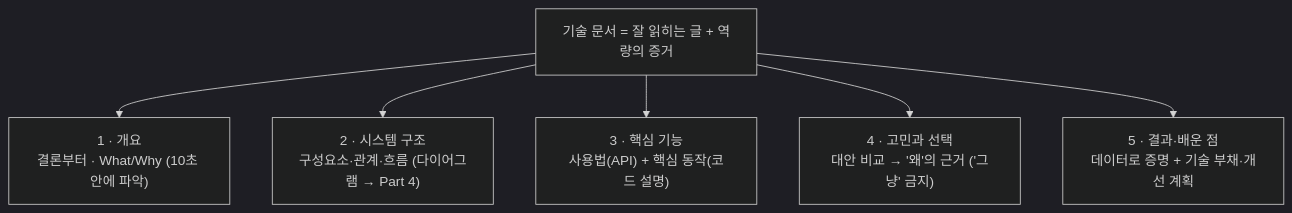
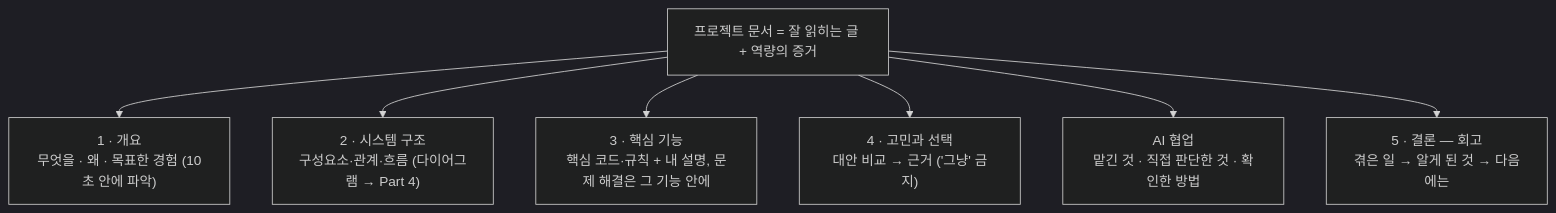
One commit to KooHoo-Dev/edu-lecture-portfolio-guide changed the fourth of 4 diagrams in src/02-tech-documents.md. Above: the diagram before and after it, drawn with Mermaid (dark theme). The commit also changed other lines of this file, not shown here.

First line of the commit message:
Part 2를 프로젝트 문서 기준으로 다시 쓰기: 뼈대 + 선택 모듈, AI 협업, 결론 — 회고

````diff
--- a/src/02-tech-documents.md
+++ b/src/02-tech-documents.md
@@ -595,9 +836,10 @@
 ```mermaid
 flowchart TD
-    T["기술 문서 = 잘 읽히는 글 + 역량의 증거"]
-    T --> A["1 · 개요<br/>결론부터 · What/Why (10초 안에 파악)"]
+    T["프로젝트 문서 = 잘 읽히는 글 + 역량의 증거"]
+    T --> A["1 · 개요<br/>무엇을 · 왜 · 목표한 경험 (10초 안에 파악)"]
     T --> B["2 · 시스템 구조<br/>구성요소·관계·흐름 (다이어그램 → Part 4)"]
-    T --> C["3 · 핵심 기능<br/>사용법(API) + 핵심 동작(코드 설명)"]
-    T --> D["4 · 고민과 선택<br/>대안 비교 → '왜'의 근거 ('그냥' 금지)"]
-    T --> E["5 · 결과·배운 점<br/>데이터로 증명 + 기술 부채·개선 계획"]
+    T --> C["3 · 핵심 기능<br/>핵심 코드·규칙 + 내 설명, 문제 해결은 그 기능 안에"]
+    T --> D["4 · 고민과 선택<br/>대안 비교 → 근거 ('그냥' 금지)"]
+    T --> AI["AI 협업<br/>맡긴 것 · 직접 판단한 것 · 확인한 방법"]
+    T --> E["5 · 결론 — 회고<br/>겪은 일 → 알게 된 것 → 다음에는"]
 ```
````
